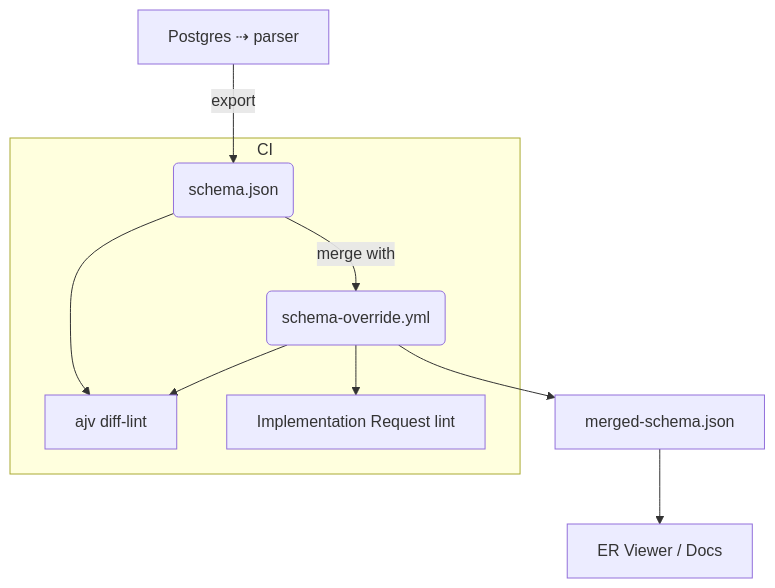
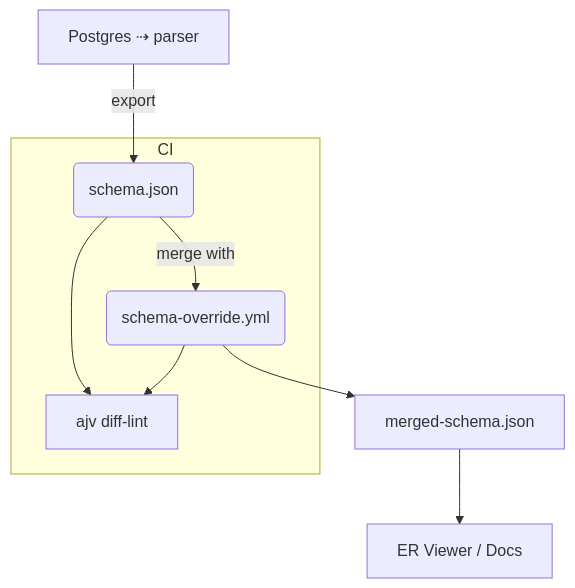
Before and after one commit to liam-hq/liam: the diagram in spec.md, drawn with Mermaid. The commit also changed other lines of this file and 3 other files, not shown here.

````diff
--- a/spec.md
+++ b/spec.md
@@ -38,12 +39,11 @@
 ```mermaid
 flowchart TD
   A[Postgres ⇢ parser] -->|export| B(schema.json)
   B -->|merge with| C(schema‑override.yml)
   C --> D[merged‑schema.json]
-  D --> E[ER Viewer / Docs]
+  D --> E[ER Viewer / Docs]
   subgraph CI
     B --> F[ajv diff‑lint]
     C --> F
-    C --> G[Implementation Request lint]
   end
 ```
````
